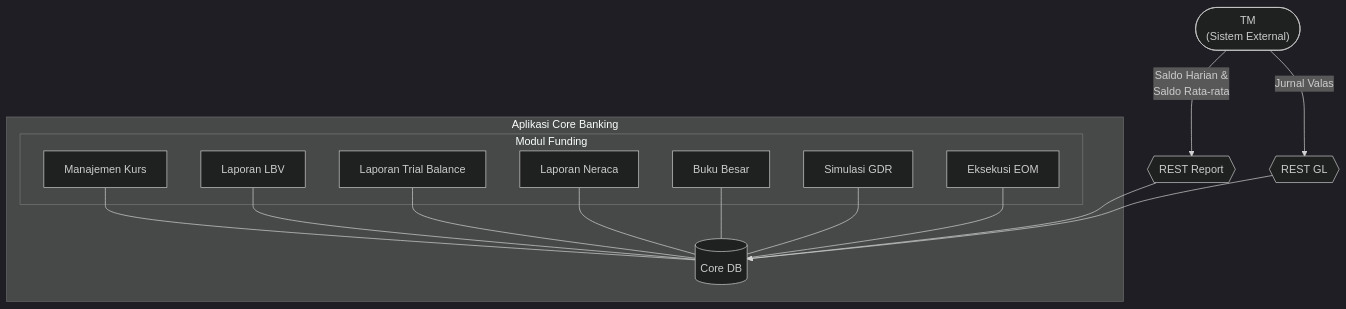
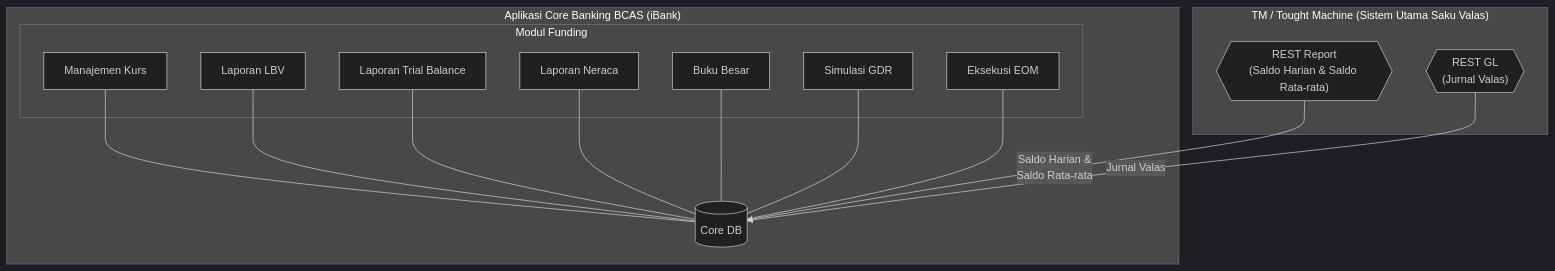
One commit to wisnu/ibank-docs changed the first of 9 diagrams in docs/bcas/saku_valas/fsd_sakuvalas.md. Above: the diagram before and after it, drawn with Mermaid (dark theme). The commit also changed other lines of this file, not shown here.

Commit message:
docs: update "Tought Machine" terminology and enhance integration details in FSD Saku Valas

````diff
--- a/docs/bcas/saku_valas/fsd_sakuvalas.md
+++ b/docs/bcas/saku_valas/fsd_sakuvalas.md
@@ -136,25 +136,24 @@
 ```mermaid
 graph TB
-    subgraph CORE["Aplikasi Core Banking"]
+    subgraph TM["TM / Tought Machine (Sistem Utama Saku Valas)"]
+        RREPORT{{"REST Report\n(Saldo Harian & Saldo Rata-rata)"}}
+        RGL{{"REST GL\n(Jurnal Valas)"}}
+    end
+
+    subgraph CORE["Aplikasi Core Banking BCAS (iBank)"]
         subgraph FUNDING["Modul Funding"]
             MK["Manajemen Kurs"]
             LLBV["Laporan LBV"]
             LTB["Laporan Trial Balance"]
             LN["Laporan Neraca"]
             BB["Buku Besar"]
             SGDR["Simulasi GDR"]
             EOM["Eksekusi EOM"]
         end
         DB[("Core DB")]
     end
 
-    RREPORT{{"REST Report"}}
-    RGL{{"REST GL"}}
-    TM(["TM\n(Sistem External)"])
-
     MK & LLBV & LTB & LN & BB & SGDR & EOM --- DB
-    TM -->|"Saldo Harian &\nSaldo Rata-rata"| RREPORT
-    TM -->|"Jurnal Valas"| RGL
-    RREPORT --> DB
-    RGL --> DB
+    RREPORT -->|"Saldo Harian &\nSaldo Rata-rata"| DB
+    RGL -->|"Jurnal Valas"| DB
 ```
````
